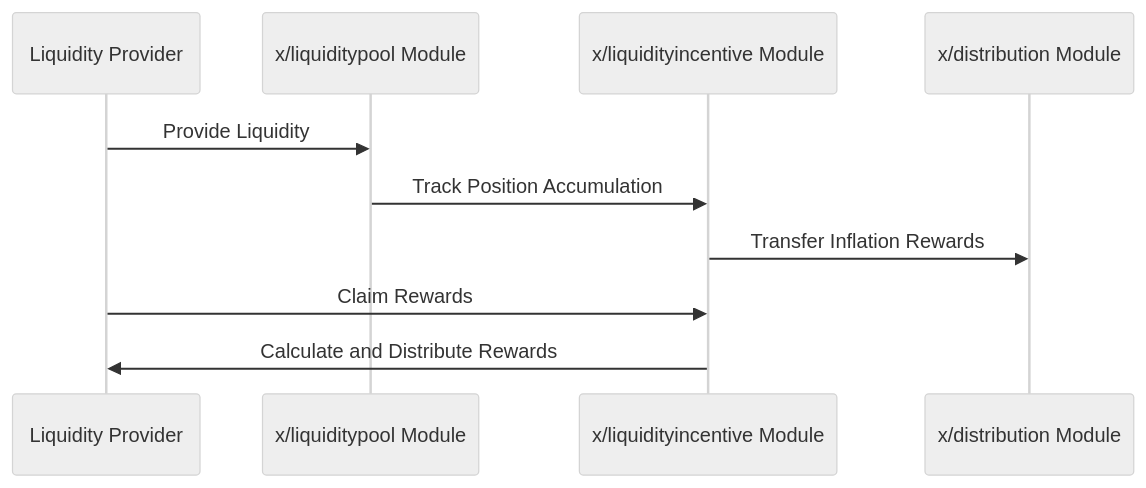
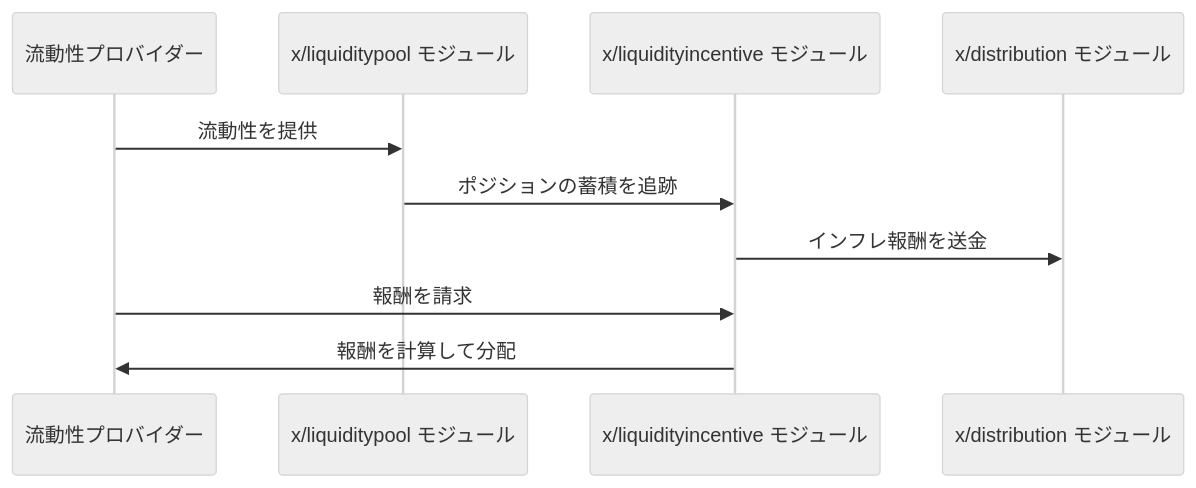
Before and after one commit to sunriselayer/gitbook: the second of 2 diagrams in ja/learn/sunrise/liquidity-incentive.md, drawn with Mermaid (neutral theme). The commit also changed other lines of this file and 106 other files, not shown here.

````diff
--- a/ja/learn/sunrise/liquidity-incentive.md
+++ b/ja/learn/sunrise/liquidity-incentive.md
@@ -91,13 +86,13 @@
 ```mermaid
 sequenceDiagram
-    participant User as Liquidity Provider
-    participant LiquidityPool as x/liquiditypool Module
-    participant IncentiveModule as x/liquidityincentive Module
-    participant Distribution as x/distribution Module
+    participant User as 流動性プロバイダー
+    participant LiquidityPool as x/liquiditypool モジュール
+    participant IncentiveModule as x/liquidityincentive モジュール
+    participant Distribution as x/distribution モジュール
 
-    User->>LiquidityPool: Provide Liquidity
-    LiquidityPool->>IncentiveModule: Track Position Accumulation
-    IncentiveModule->>Distribution: Transfer Inflation Rewards
-    User->>IncentiveModule: Claim Rewards
-    IncentiveModule->>User: Calculate and Distribute Rewards
+    User->>LiquidityPool: 流動性を提供
+    LiquidityPool->>IncentiveModule: ポジションの蓄積を追跡
+    IncentiveModule->>Distribution: インフレ報酬を送金
+    User->>IncentiveModule: 報酬を請求
+    IncentiveModule->>User: 報酬を計算して分配
 ```
````
